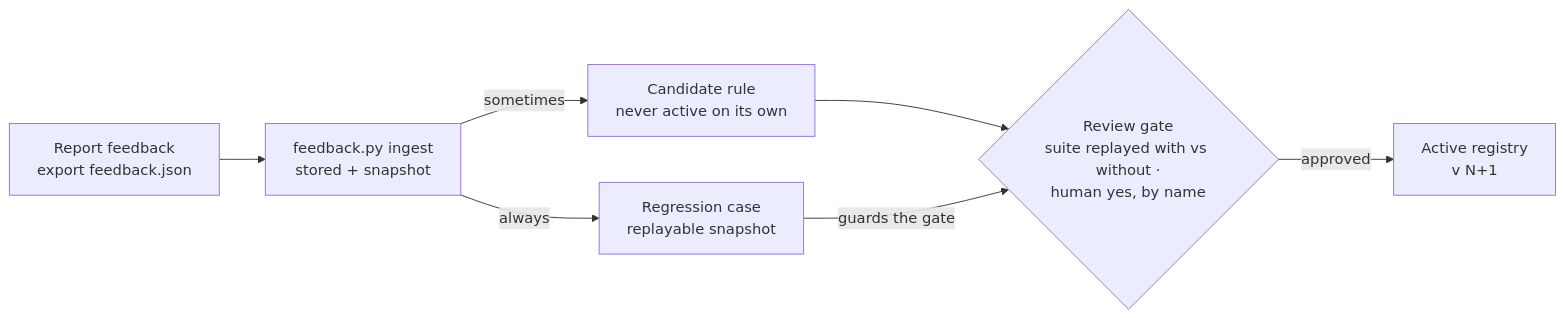
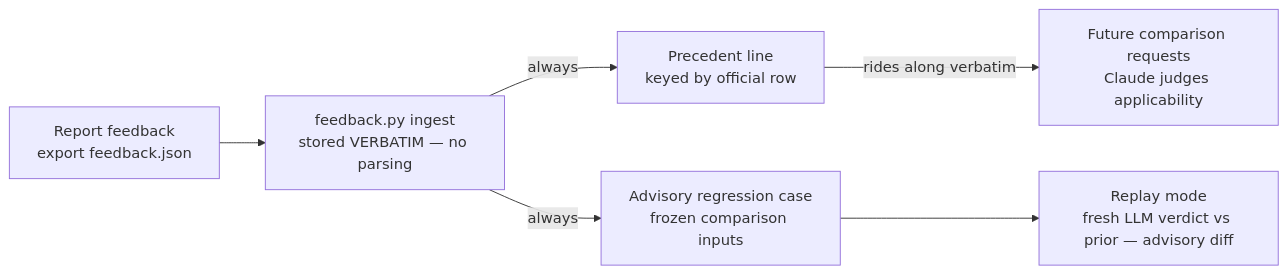
Before and after one commit to ZhouShiYong17/ComparsionOpensourceLib: the second of 2 diagrams in stig-compare/WORKFLOW.md, drawn with Mermaid. The commit also changed other lines of this file and 5 other files, not shown here.

First line of the commit message:
feat(stig-compare): verbatim feedback precedents, advisory LLM replay, docs to 0.3.0

````diff
--- a/stig-compare/WORKFLOW.md
+++ b/stig-compare/WORKFLOW.md
@@ -111,9 +104,8 @@
 ```mermaid
 flowchart LR
-    F["Report feedback<br/>export feedback.json"] --> I["feedback.py ingest<br/>stored + snapshot"]
-    I -- always --> R["Regression case<br/>replayable snapshot"]
-    I -- sometimes --> C["Candidate rule<br/>never active on its own"]
-    C --> G{"Review gate<br/>suite replayed with vs without ·<br/>human yes, by name"}
-    R -- guards the gate --> G
-    G -- approved --> ACT["Active registry<br/>v N+1"]
+    F["Report feedback<br/>export feedback.json"] --> I["feedback.py ingest<br/>stored VERBATIM — no parsing"]
+    I -- always --> P["Precedent line<br/>keyed by official row"]
+    I -- always --> R["Advisory regression case<br/>frozen comparison inputs"]
+    P -- "rides along verbatim" --> CMP["Future comparison requests<br/>Claude judges applicability"]
+    R --> RP["Replay mode<br/>fresh LLM verdict vs prior — advisory diff"]
 ```
````
